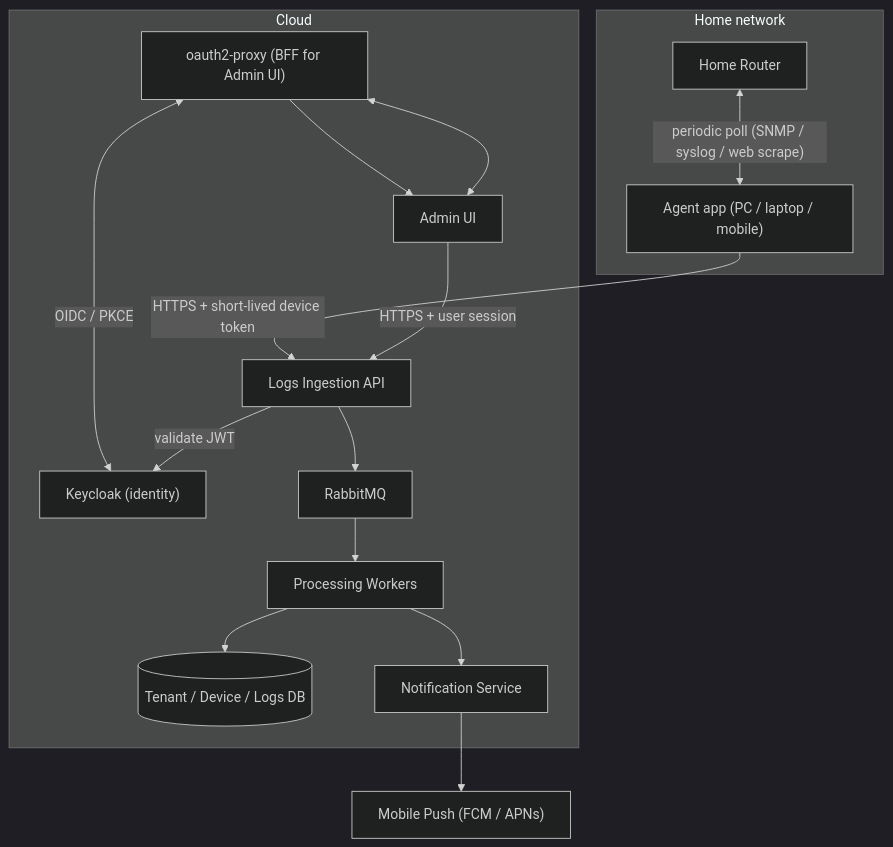
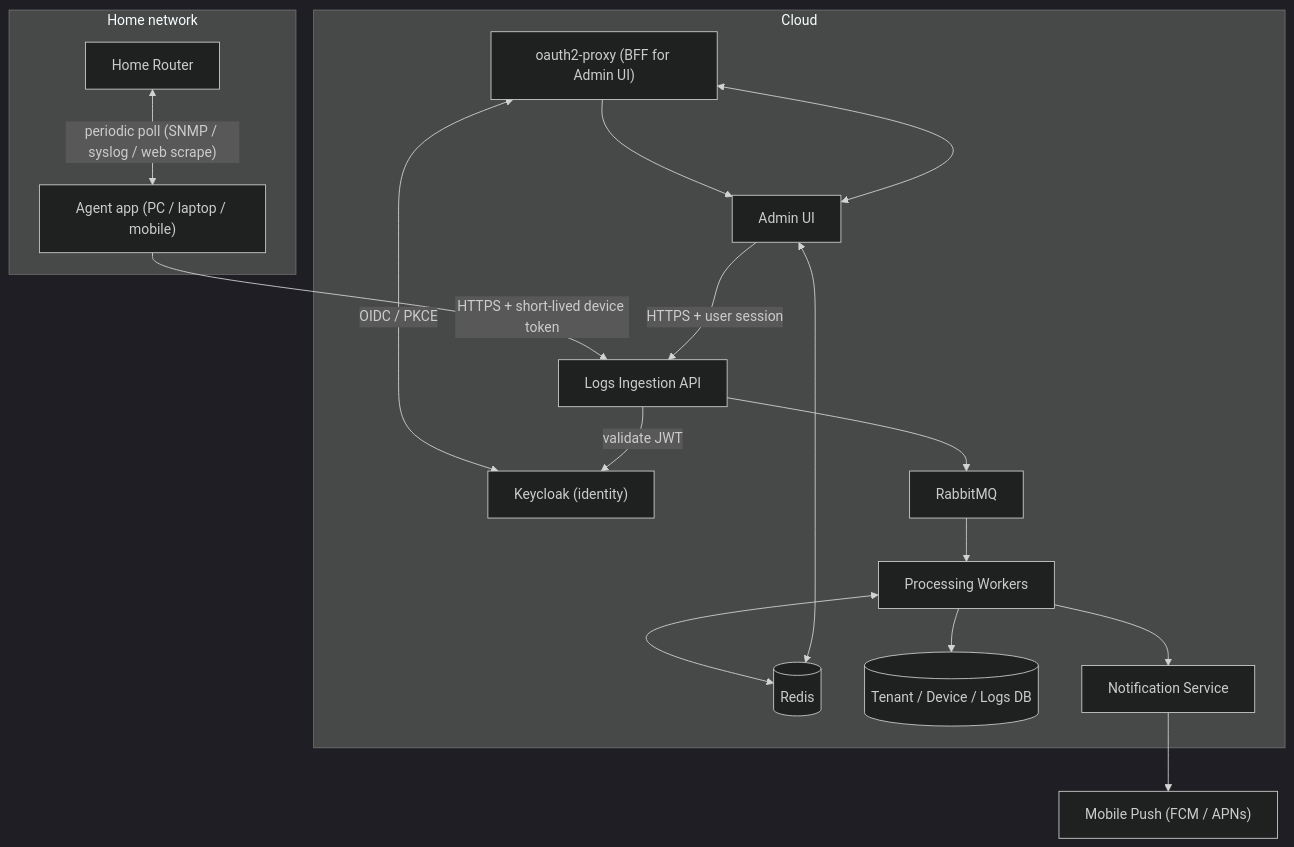
Before and after one commit to dzaba1/HomeSecurity: the diagram in docs/architecture/01-overview.md, drawn with Mermaid (dark theme). The commit also changed other lines of this file and 3 other files, not shown here.

````diff
--- a/docs/architecture/01-overview.md
+++ b/docs/architecture/01-overview.md
@@ -18,34 +18,37 @@
 ```mermaid
 flowchart TB
   subgraph Home["Home network"]
     Router[Home Router]
     Agent["Agent app (PC / laptop / mobile)"]
   end
 
   subgraph Cloud["Cloud"]
     IdP["Keycloak (identity)"]
     BFF["oauth2-proxy (BFF for Admin UI)"]
     AdminUI["Admin UI"]
     Ingestion["Logs Ingestion API"]
     Queue["RabbitMQ"]
     Workers["Processing Workers"]
+    Cache[("Redis")]
     DB[(Tenant / Device / Logs DB)]
     Notifier["Notification Service"]
   end
 
   Push["Mobile Push (FCM / APNs)"]
 
   Router <-->|"periodic poll (SNMP / syslog / web scrape)"| Agent
   Agent -->|"HTTPS + short-lived device token"| Ingestion
   Ingestion --> Queue
   Queue --> Workers
+  Workers <--> Cache
   Workers --> DB
   Workers --> Notifier
   Notifier --> Push
 
   AdminUI <--> BFF
   BFF <-->|OIDC / PKCE| IdP
   BFF --> AdminUI
   AdminUI -->|"HTTPS + user session"| Ingestion
   Ingestion -->|validate JWT| IdP
+  AdminUI <--> Cache
 ```
````
